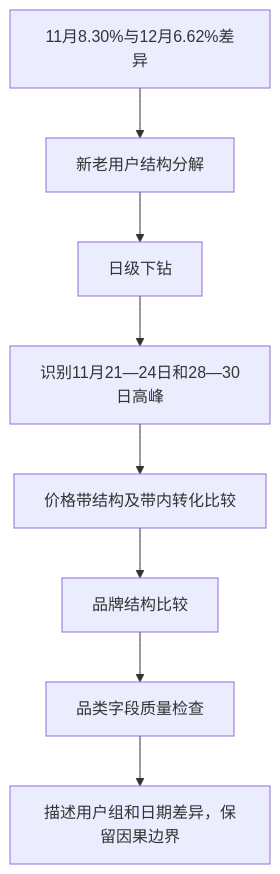
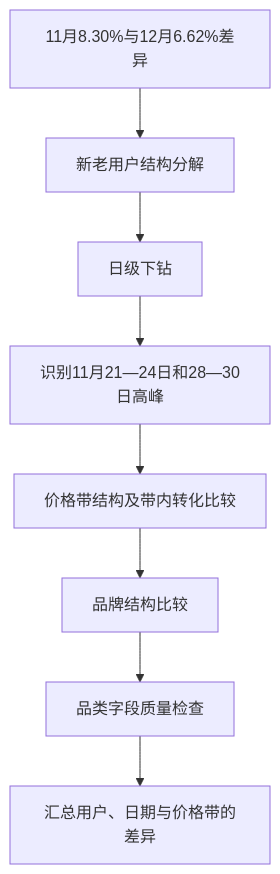
One commit to lcx12139/platform-user-behavior-analysis changed the second of 2 diagrams in README.md. Above: the diagram before and after it, drawn with Mermaid. The commit also changed other lines of this file and 8 other files, not shown here.

````diff
--- a/README.md
+++ b/README.md
@@ -57,10 +57,10 @@
 ```mermaid
 flowchart TD
  A[11月8.30%与12月6.62%差异] --> B[新老用户结构分解]
  B --> C[日级下钻]
  C --> D[识别11月21—24日和28—30日高峰]
  D --> E[价格带结构及带内转化比较]
  E --> F[品牌结构比较]
  F --> G[品类字段质量检查]
- G --> H[描述用户组和日期差异，保留因果边界]
+ G --> H[汇总用户、日期与价格带的差异]
 ```
````
